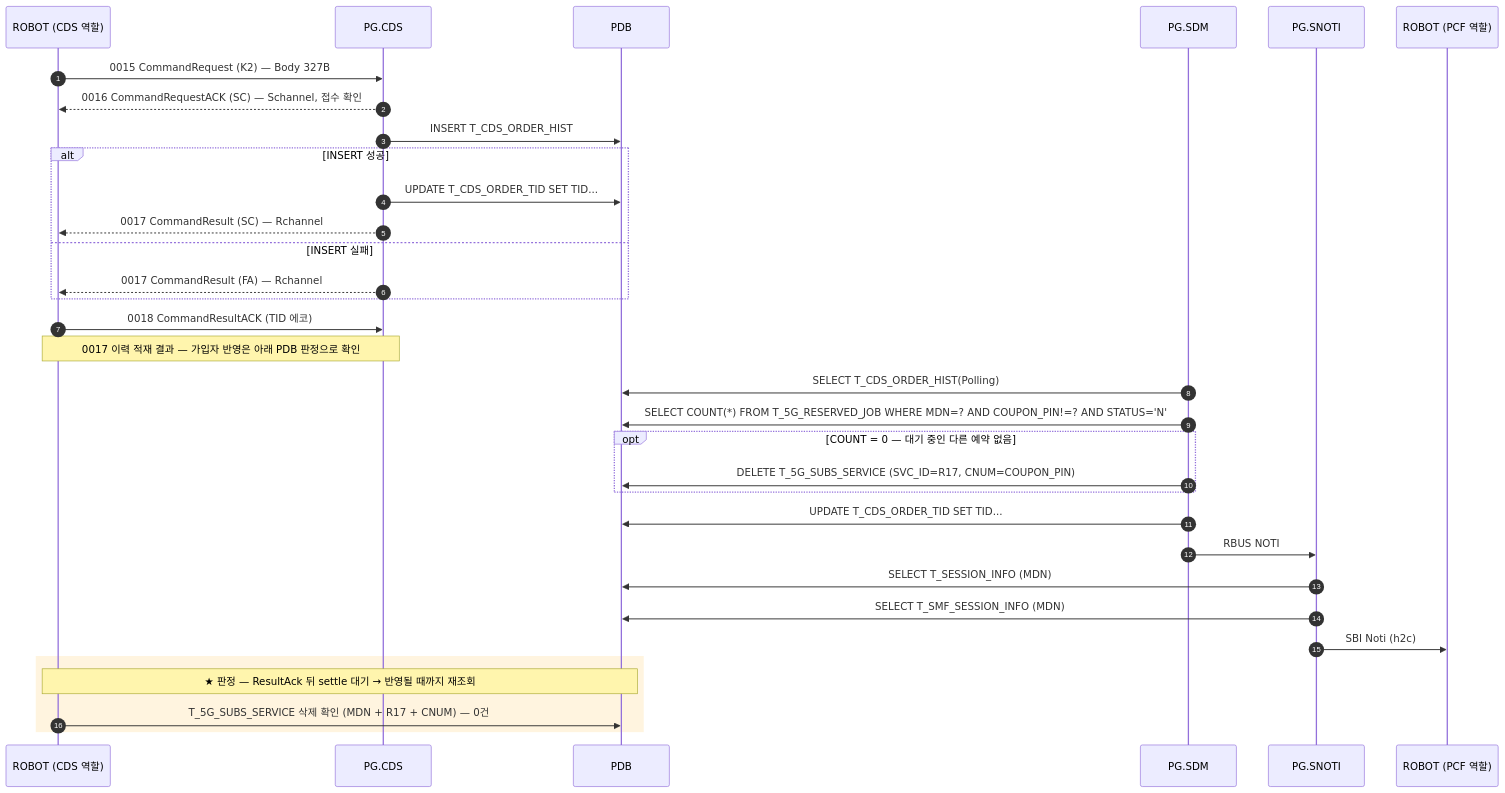
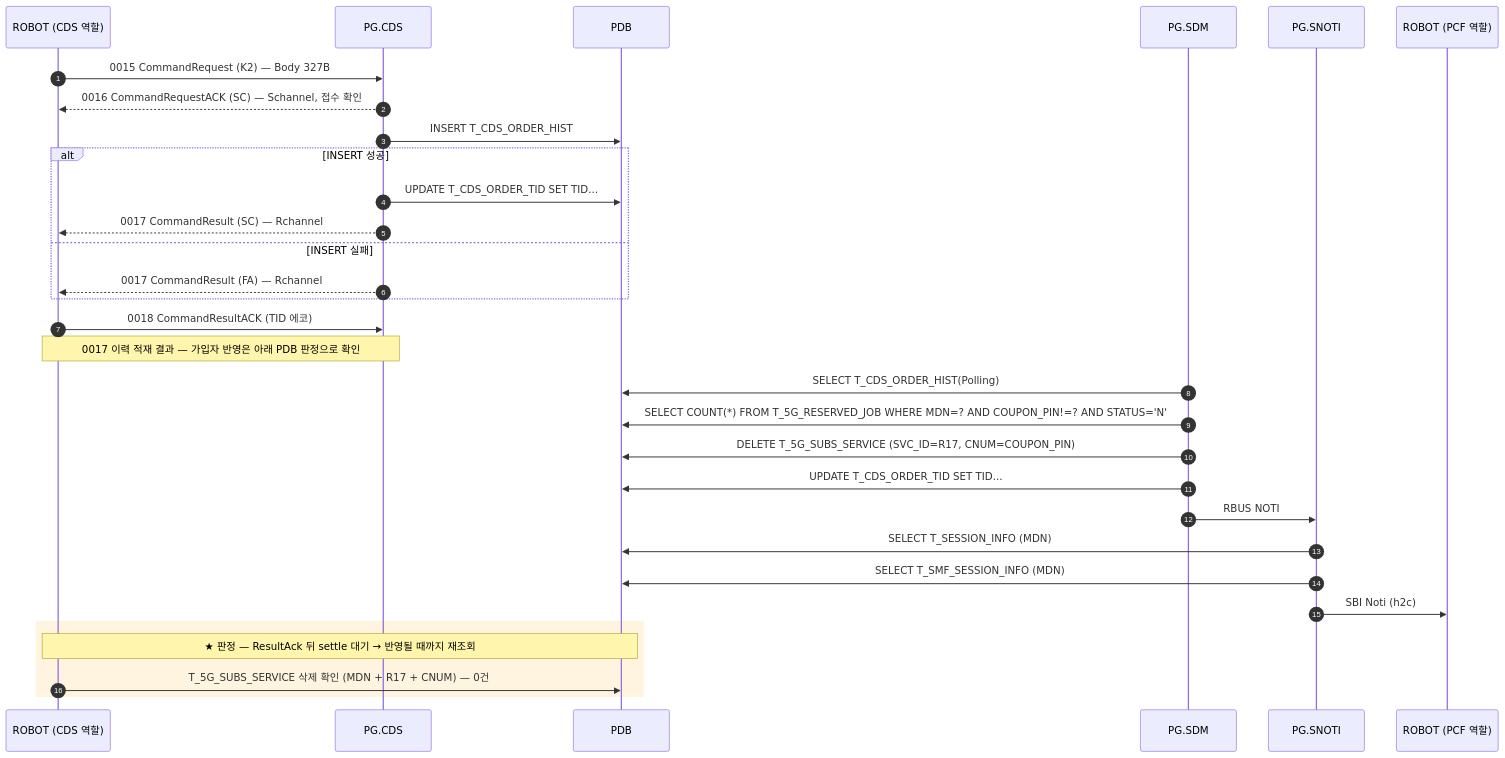
The ninth of 11 diagrams in docs/callflow/cds_callflow.md (IanKim2030/tc4robot), drawn with Mermaid before and after one commit. The commit also changed 1 other file, not shown here.

Commit message:
메뉴얼 수정

````diff
--- a/docs/callflow/cds_callflow.md
+++ b/docs/callflow/cds_callflow.md
@@ -865,37 +865,35 @@
 ```mermaid
 sequenceDiagram
     autonumber
     participant TOOL as ROBOT (CDS 역할)
     participant PCDS as PG.CDS
     participant PDB as PDB
     participant SDM as PG.SDM
     participant SNOTI as PG.SNOTI
     participant PCF as ROBOT (PCF 역할)
 
     TOOL->>PCDS: 0015 CommandRequest (K2) — Body 327B
     PCDS-->>TOOL: 0016 CommandRequestACK (SC) — Schannel, 접수 확인
     PCDS->>PDB: INSERT T_CDS_ORDER_HIST
     alt INSERT 성공
         PCDS->>PDB: UPDATE T_CDS_ORDER_TID SET TID...
         PCDS-->>TOOL: 0017 CommandResult (SC) — Rchannel
     else INSERT 실패
         PCDS-->>TOOL: 0017 CommandResult (FA) — Rchannel
     end
     TOOL->>PCDS: 0018 CommandResultACK (TID 에코)
     Note over TOOL,PCDS: 0017 이력 적재 결과 — 가입자 반영은 아래 PDB 판정으로 확인
 
     SDM->>PDB: SELECT T_CDS_ORDER_HIST(Polling)
     SDM->>PDB: SELECT COUNT(*) FROM T_5G_RESERVED_JOB WHERE MDN=? AND COUPON_PIN!=? AND STATUS='N'
-    opt COUNT = 0 — 대기 중인 다른 예약 없음
-        SDM->>PDB: DELETE T_5G_SUBS_SERVICE (SVC_ID=R17, CNUM=COUPON_PIN)
-    end
+    SDM->>PDB: DELETE T_5G_SUBS_SERVICE (SVC_ID=R17, CNUM=COUPON_PIN)
     SDM->>PDB: UPDATE T_CDS_ORDER_TID SET TID...
     SDM->>SNOTI: RBUS NOTI
     SNOTI->>PDB: SELECT T_SESSION_INFO (MDN)
     SNOTI->>PDB: SELECT T_SMF_SESSION_INFO (MDN)
     SNOTI->>PCF: SBI Noti (h2c)
     rect rgba(255, 176, 32, 0.14)
     Note over TOOL,PDB: ★ 판정 — ResultAck 뒤 settle 대기 → 반영될 때까지 재조회
         TOOL->>PDB: T_5G_SUBS_SERVICE 삭제 확인 (MDN + R17 + CNUM) — 0건
     end
 ```
````
